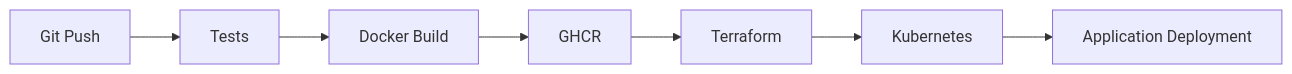
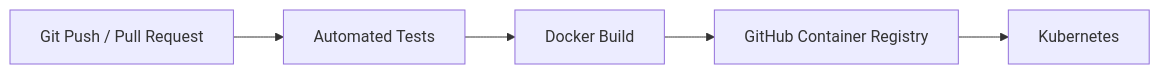
The fifth of 5 diagrams in README.md (JakubSx01/Todo_DevOps_project), drawn with Mermaid before and after one commit. The commit also changed other lines of this file, not shown here.

Commit message:
Update README with current Docker and Kubernetes progress

````diff
--- a/README.md
+++ b/README.md
@@ -345,17 +317,13 @@
 ```mermaid
 flowchart LR
+    PUSH[Git Push / Pull Request]
+    TEST[Automated Tests]
+    BUILD[Docker Build]
+    GHCR[GitHub Container Registry]
+    K8S[Kubernetes]
 
-    PUSH[Git Push]
-
-    PUSH --> TEST[Tests]
-
-    TEST --> BUILD[Docker Build]
-
-    BUILD --> GHCR[GHCR]
-
-    GHCR --> TF[Terraform]
-
-    TF --> K8S[Kubernetes]
-
-    K8S --> DEPLOY[Application Deployment]
+    PUSH --> TEST
+    TEST --> BUILD
+    BUILD --> GHCR
+    GHCR --> K8S
 ```
````
